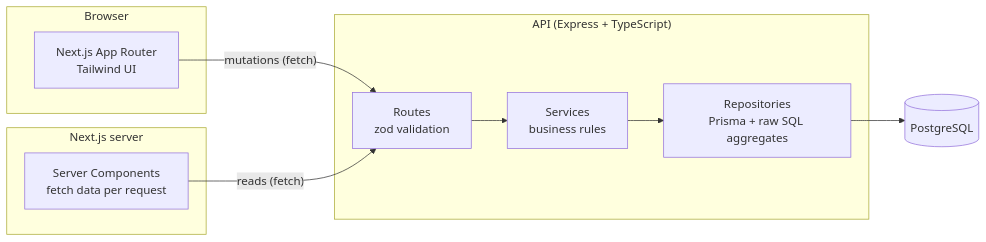
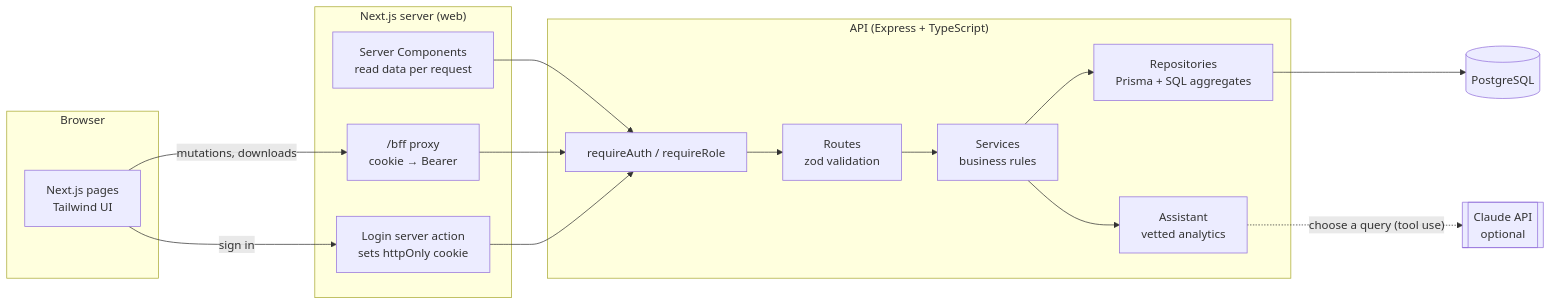
One commit to rahuljonwal247/acme-salary-manager changed the first of 2 diagrams in docs/DESIGN.md. Above: the diagram before and after it, drawn with Mermaid. The commit also changed other lines of this file and 5 other files, not shown here.

Commit message:
docs: v2 README, design (security model, assistant, data model, measured perf), AI usage, demo script; Render blueprint and CI e2e job

````diff
--- a/docs/DESIGN.md
+++ b/docs/DESIGN.md
@@ -5,17 +5,26 @@
 ```mermaid
 flowchart LR
   subgraph Browser
-    UI[Next.js App Router<br/>Tailwind UI]
+    UI[Next.js pages<br/>Tailwind UI]
   end
-  subgraph "Next.js server"
-    RSC[Server Components<br/>fetch data per request]
+  subgraph "Next.js server (web)"
+    RSC[Server Components<br/>read data per request]
+    BFF["/bff proxy<br/>cookie → Bearer"]
+    ACT[Login server action<br/>sets httpOnly cookie]
   end
   subgraph "API (Express + TypeScript)"
-    R[Routes<br/>zod validation] --> S[Services<br/>business rules]
-    S --> REPO[Repositories<br/>Prisma + raw SQL aggregates]
+    AUTH[requireAuth / requireRole] --> R[Routes<br/>zod validation]
+    R --> S[Services<br/>business rules]
+    S --> REPO[Repositories<br/>Prisma + SQL aggregates]
+    S --> AS[Assistant<br/>vetted analytics]
   end
   DB[(PostgreSQL)]
-  UI -- "mutations (fetch)" --> R
-  RSC -- "reads (fetch)" --> R
+  LLM[[Claude API<br/>optional]]
+  UI -- "mutations, downloads" --> BFF
+  UI -- "sign in" --> ACT
+  RSC --> AUTH
+  BFF --> AUTH
+  ACT --> AUTH
   REPO --> DB
+  AS -. "choose a query (tool use)" .-> LLM
 ```
````
